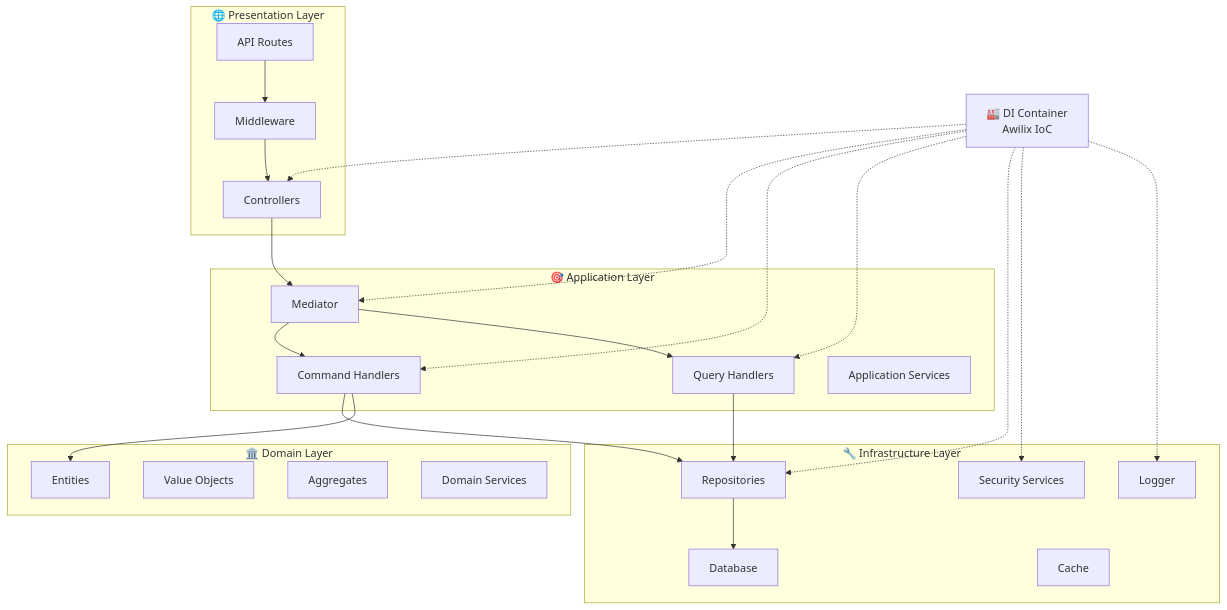
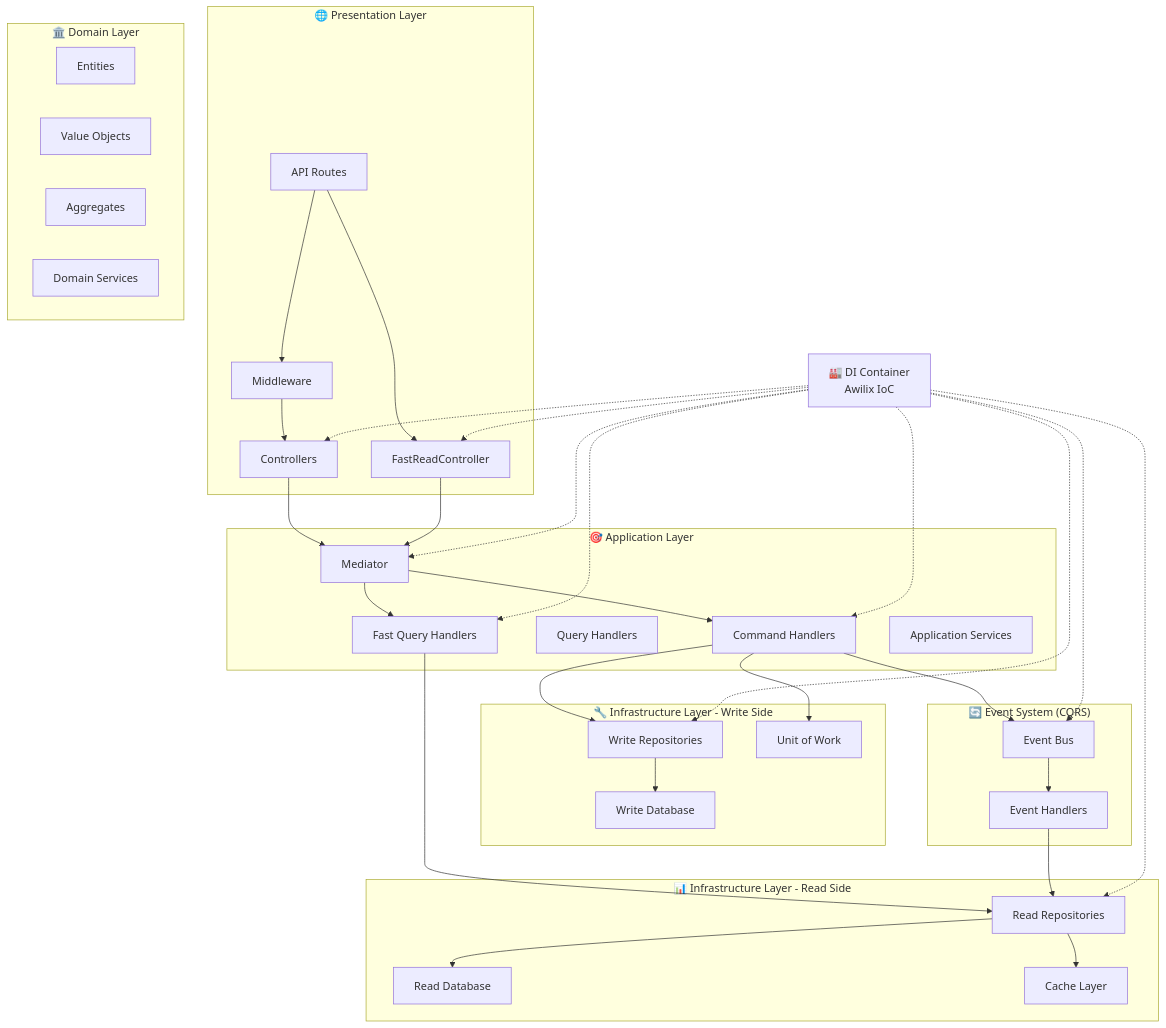
Before and after one commit to KuroHiyuki/Architecture_codebase: the first of 7 diagrams in ARCHITECTURE_WORKFLOW.md, drawn with Mermaid. The commit also changed other lines of this file and 24 other files, not shown here.

Commit message:
test: test concrete write and read model CQRS

````diff
--- a/ARCHITECTURE_WORKFLOW.md
+++ b/ARCHITECTURE_WORKFLOW.md
@@ -5,57 +5,82 @@
 ```mermaid
 graph TB
     %% Presentation Layer
     subgraph "🌐 Presentation Layer"
         API[API Routes]
         CTRL[Controllers]
+        FAST_CTRL[FastReadController]
         MW[Middleware]
     end
 
     %% Application Layer
     subgraph "🎯 Application Layer"
         MED[Mediator]
         CMD[Command Handlers]
         QRY[Query Handlers]
+        FAST_QRY[Fast Query Handlers]
         SVC[Application Services]
     end
 
     %% Domain Layer
     subgraph "🏛️ Domain Layer"
         ENT[Entities]
         VO[Value Objects]
         AGG[Aggregates]
         DOM_SVC[Domain Services]
     end
 
-    %% Infrastructure Layer
-    subgraph "🔧 Infrastructure Layer"
-        REPO[Repositories]
-        DB[Database]
-        CACHE[Cache]
-        SEC[Security Services]
-        LOG[Logger]
+    %% Infrastructure Layer - Write Side
+    subgraph "🔧 Infrastructure Layer - Write Side"
+        REPO[Write Repositories]
+        DB[Write Database]
+        UOW[Unit of Work]
+    end
+
+    %% Infrastructure Layer - Read Side
+    subgraph "📊 Infrastructure Layer - Read Side"
+        READ_REPO[Read Repositories]
+        READ_DB[Read Database]
+        CACHE[Cache Layer]
+    end
+
+    %% Event System
+    subgraph "🔄 Event System (CQRS)"
+        EVENT_BUS[Event Bus]
+        EVENT_HANDLERS[Event Handlers]
     end
 
     %% DI Container
     DI[🏭 DI Container<br/>Awilix IoC]
 
-    %% Flow
+    %% Write Flow
     API --> MW
     MW --> CTRL
     CTRL --> MED
     MED --> CMD
-    MED --> QRY
     CMD --> REPO
-    QRY --> REPO
-    CMD --> ENT
+    CMD --> UOW
     REPO --> DB
+    
+    %% Read Flow (Fast)
+    API --> FAST_CTRL
+    FAST_CTRL --> MED
+    MED --> FAST_QRY
+    FAST_QRY --> READ_REPO
+    READ_REPO --> READ_DB
+    READ_REPO --> CACHE
+
+    %% Event Flow (CQRS Sync)
+    CMD --> EVENT_BUS
+    EVENT_BUS --> EVENT_HANDLERS
+    EVENT_HANDLERS --> READ_REPO
     
     %% DI connections
     DI -.-> CTRL
+    DI -.-> FAST_CTRL
     DI -.-> MED
     DI -.-> CMD
-    DI -.-> QRY
+    DI -.-> FAST_QRY
     DI -.-> REPO
-    DI -.-> SEC
-    DI -.-> LOG
+    DI -.-> READ_REPO
+    DI -.-> EVENT_BUS
 ```
````
